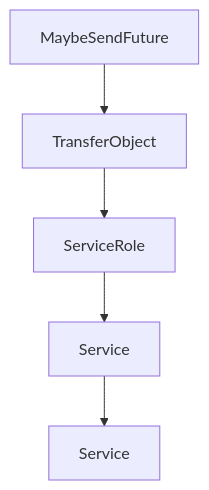
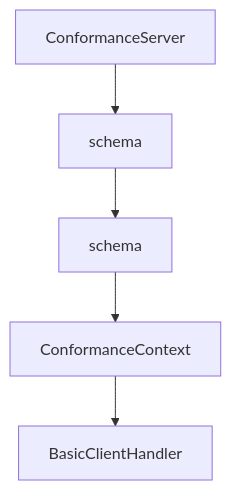
Before and after one commit to johnxie/awesome-code-docs: the diagram in tutorials/mcp-rust-sdk-tutorial/05-server-patterns-tools-resources-prompts-and-tasks.md, drawn with Mermaid. The commit also changed other lines of this file and 1232 other files, not shown here.

````diff
--- a/tutorials/mcp-rust-sdk-tutorial/05-server-patterns-tools-resources-prompts-and-tasks.md
+++ b/tutorials/mcp-rust-sdk-tutorial/05-server-patterns-tools-resources-prompts-and-tasks.md
@@ -213,12 +211,12 @@
 ```mermaid
 flowchart TD
-    A[MaybeSendFuture]
-    B[TransferObject]
-    C[ServiceRole]
-    D[Service]
-    E[Service]
+    A[ConformanceServer]
+    B[schema]
+    C[schema]
+    D[ConformanceContext]
+    E[BasicClientHandler]
     A --> B
     B --> C
     C --> D
     D --> E
 ```
````
